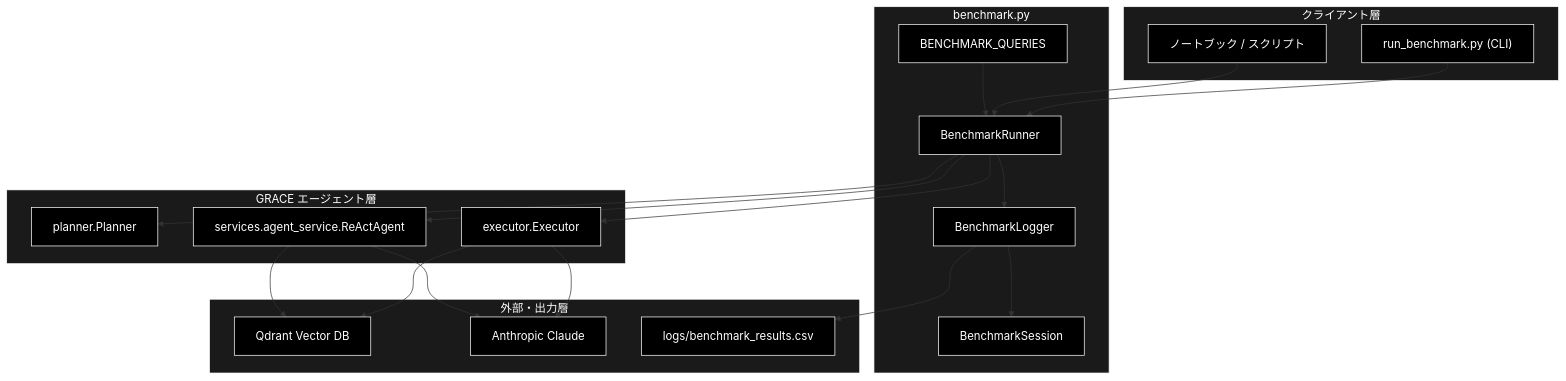
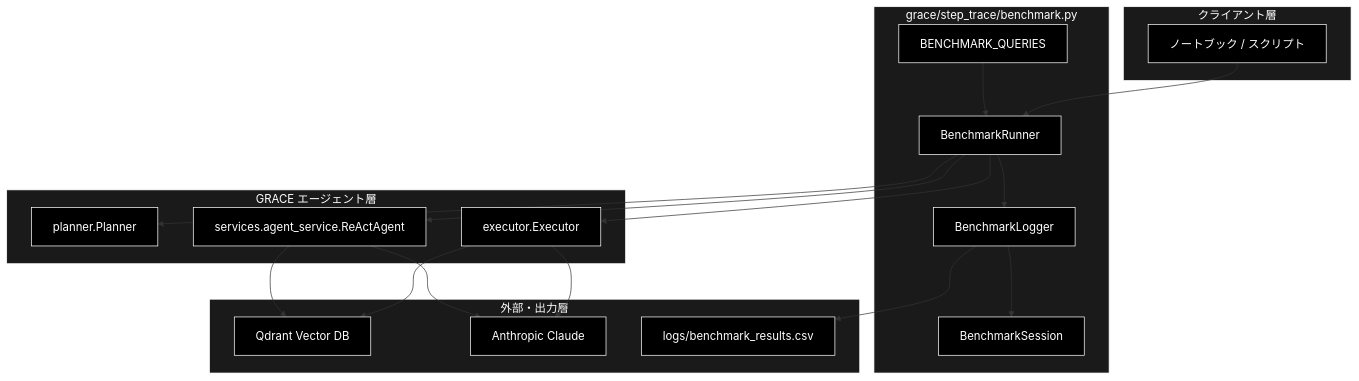
Before and after one commit to nakashima2toshio/grace_v2: the first of 3 diagrams in grace/docs/benchmark.md, drawn with Mermaid. The commit also changed other lines of this file and 9 other files, not shown here.

````diff
--- a/grace/docs/benchmark.md
+++ b/grace/docs/benchmark.md
@@ -210,47 +223,45 @@
 ```mermaid
 flowchart TB
     subgraph CLIENT["クライアント層"]
-        CLI["run_benchmark.py (CLI)"]
         NB["ノートブック / スクリプト"]
     end
 
-    subgraph MODULE["benchmark.py"]
+    subgraph MODULE["grace/step_trace/benchmark.py"]
         RUNNER["BenchmarkRunner"]
         LOGGER["BenchmarkLogger"]
         SESSION["BenchmarkSession"]
         QUERIES["BENCHMARK_QUERIES"]
     end
 
     subgraph AGENT["GRACE エージェント層"]
         PLANNER["planner.Planner"]
         EXECUTOR["executor.Executor"]
         REACT["services.agent_service.ReActAgent"]
     end
 
     subgraph EXTERNAL["外部・出力層"]
         QDRANT["Qdrant Vector DB"]
         LLM["Anthropic Claude"]
         CSV["logs/benchmark_results.csv"]
     end
 
-    CLI --> RUNNER
     NB --> RUNNER
     QUERIES --> RUNNER
     RUNNER --> PLANNER
     RUNNER --> EXECUTOR
     RUNNER --> REACT
     RUNNER --> LOGGER
     LOGGER --> SESSION
     EXECUTOR --> QDRANT
     EXECUTOR --> LLM
     REACT --> QDRANT
     REACT --> LLM
     LOGGER --> CSV
 classDef default fill:#000,stroke:#fff,color:#fff
 classDef subgraphStyle fill:#1a1a1a,stroke:#fff,color:#fff
-class CLI,NB,RUNNER,LOGGER,SESSION,QUERIES,PLANNER,EXECUTOR,REACT,QDRANT,LLM,CSV default
+class NB,RUNNER,LOGGER,SESSION,QUERIES,PLANNER,EXECUTOR,REACT,QDRANT,LLM,CSV default
 style CLIENT fill:#1a1a1a,stroke:#fff,color:#fff
 style MODULE fill:#1a1a1a,stroke:#fff,color:#fff
 style AGENT fill:#1a1a1a,stroke:#fff,color:#fff
 style EXTERNAL fill:#1a1a1a,stroke:#fff,color:#fff
 ```
````
